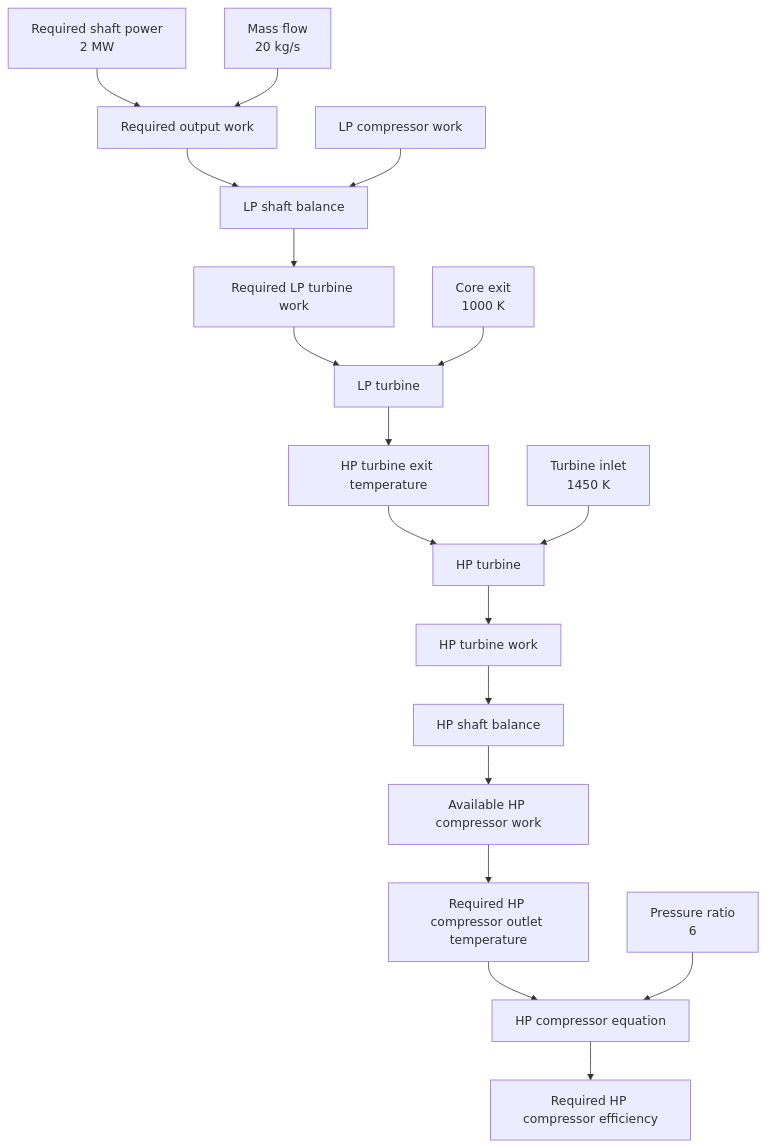
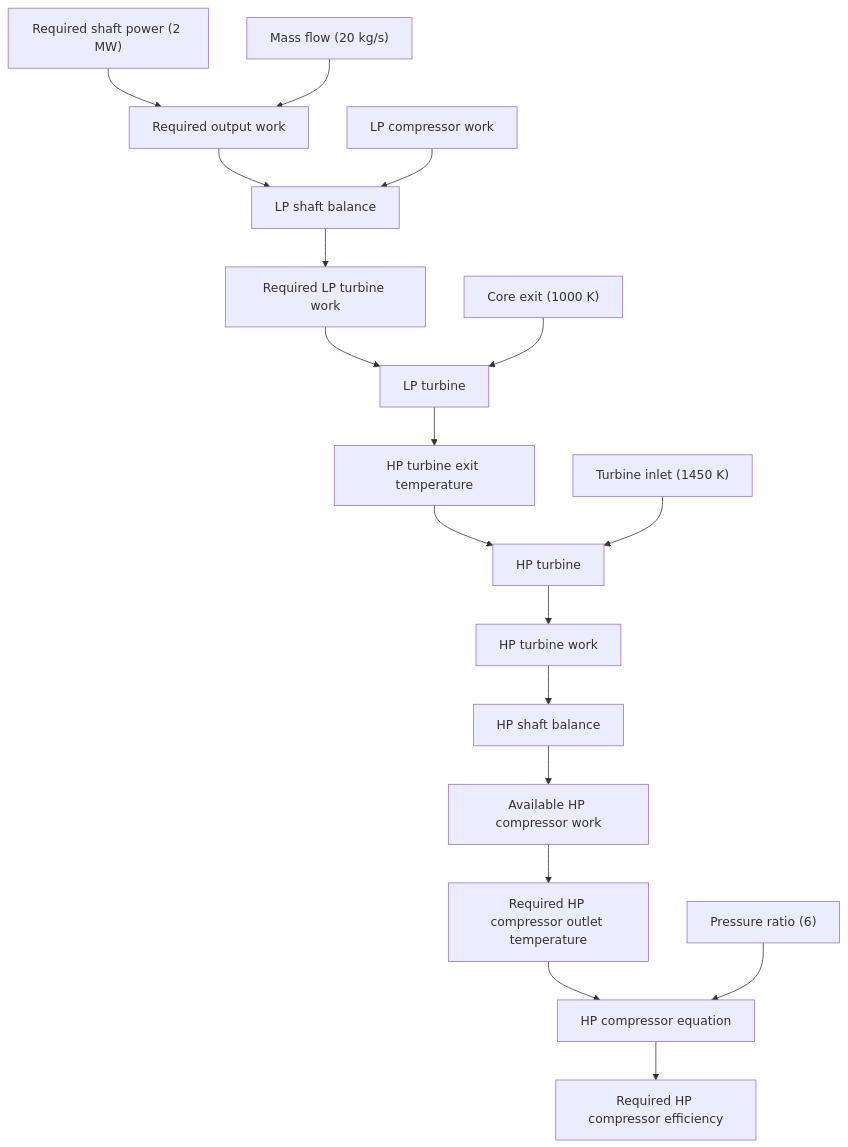
One commit to aviation-impact-accelerator/bilt changed the third of 3 diagrams in docs/worked_examples/two-shaft-gas-turbine.md. Above: the diagram before and after it, drawn with Mermaid. The commit also changed other lines of this file and 3 other files, not shown here.

````diff
--- a/docs/worked_examples/two-shaft-gas-turbine.md
+++ b/docs/worked_examples/two-shaft-gas-turbine.md
@@ -1369,25 +1381,25 @@
 ```mermaid
 flowchart TB
-    power["Required shaft power<br/>2 MW"] --> output["Required output work"]
-    flow["Mass flow<br/>20 kg/s"] --> output
+    power["Required shaft power (2 MW)"] --> output["Required output work"]
+    flow["Mass flow (20 kg/s)"] --> output
 
     output --> lpbal["LP shaft balance"]
     lpc["LP compressor work"] --> lpbal
 
     lpbal --> lptwork["Required LP turbine work"]
     lptwork --> lpt["LP turbine"]
-    exhaust["Core exit<br/>1000 K"] --> lpt
+    exhaust["Core exit (1000 K)"] --> lpt
 
     lpt --> hptexit["HP turbine exit temperature"]
     hptexit --> hpt["HP turbine"]
-    tit["Turbine inlet<br/>1450 K"] --> hpt
+    tit["Turbine inlet (1450 K)"] --> hpt
 
     hpt --> hpwork["HP turbine work"]
     hpwork --> hpbal["HP shaft balance"]
     hpbal --> hpcwork["Available HP compressor work"]
 
     hpcwork --> hpcout["Required HP compressor outlet temperature"]
     hpcout --> compressor["HP compressor equation"]
-    pr["Pressure ratio<br/>6"] --> compressor
+    pr["Pressure ratio (6)"] --> compressor
     compressor --> efficiency["Required HP compressor efficiency"]
 ```
````
